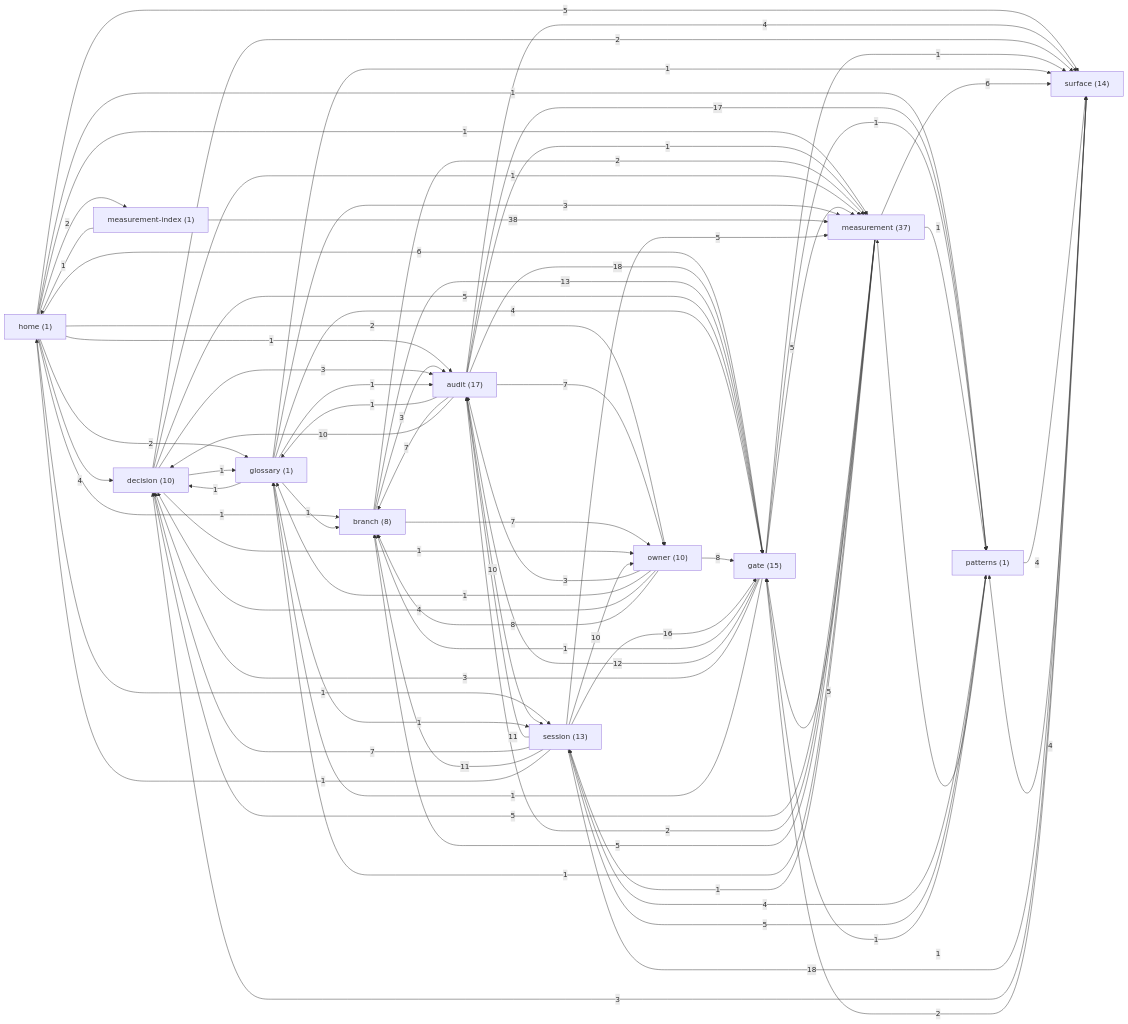
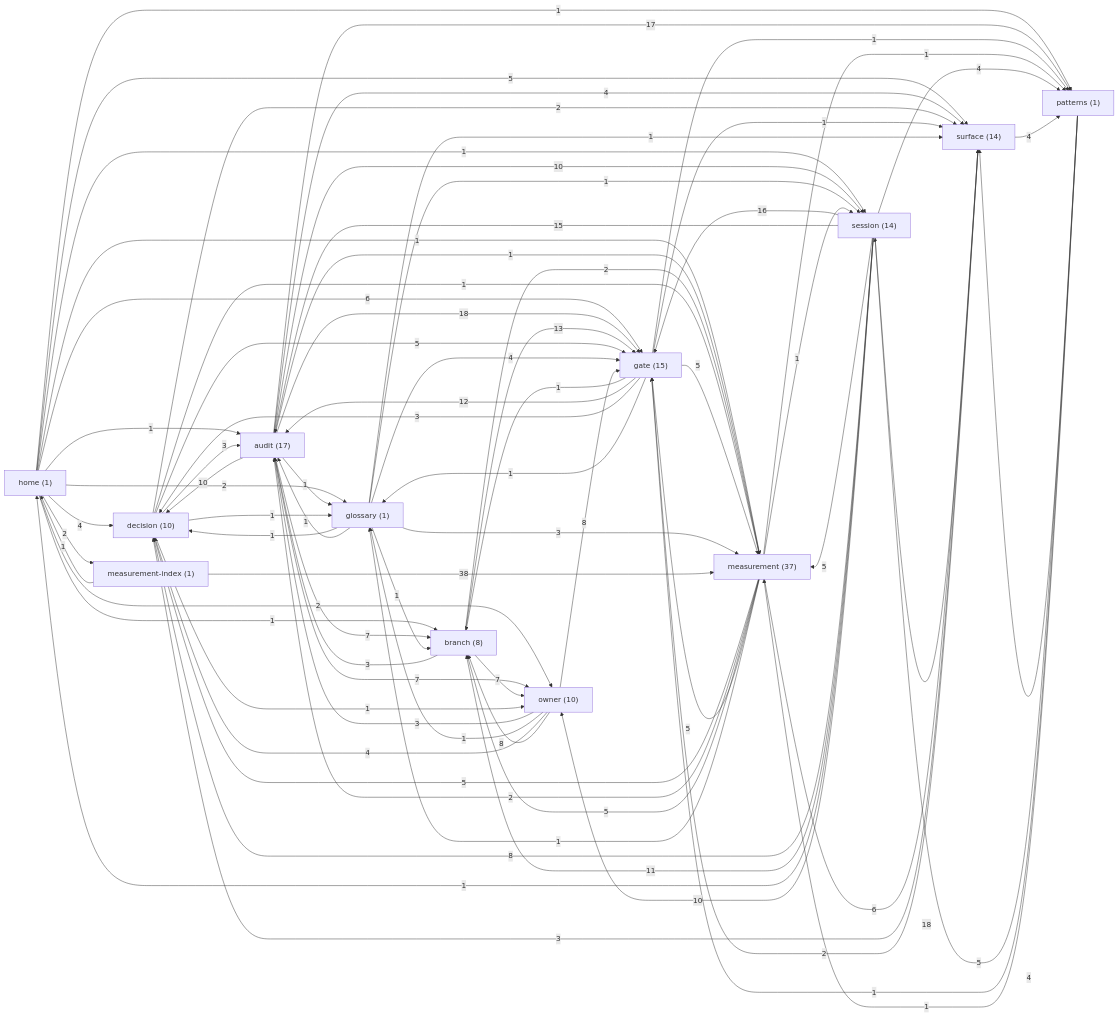
The diagram in docs/brain/GRAPH.md (sergey9519546/STORYMACHINE), drawn with Mermaid before and after one commit. The commit also changed other lines of this file and 9 other files, not shown here.

```diff
--- a/docs/brain/GRAPH.md
+++ b/docs/brain/GRAPH.md
@@ -18,7 +18,7 @@
   measurement_index["measurement-index (1)"]
   owner["owner (10)"]
   patterns["patterns (1)"]
-  session["session (13)"]
+  session["session (14)"]
   surface["surface (14)"]
   home -->|4| decision
   home -->|2| glossary
@@ -44,11 +44,11 @@
   branch -->|7| owner
   branch -->|13| gate
   branch -->|2| measurement
+  decision -->|3| audit
   decision -->|1| glossary
   decision -->|5| gate
   decision -->|2| surface
   decision -->|1| owner
-  decision -->|3| audit
   decision -->|1| measurement
   gate -->|1| branch
   gate -->|12| audit
@@ -84,9 +84,9 @@
   patterns -->|1| gate
   patterns -->|1| measurement
   session -->|16| gate
-  session -->|11| audit
+  session -->|15| audit
   session -->|5| measurement
-  session -->|7| decision
+  session -->|8| decision
   session -->|18| surface
   session -->|11| branch
   session -->|1| home
```
